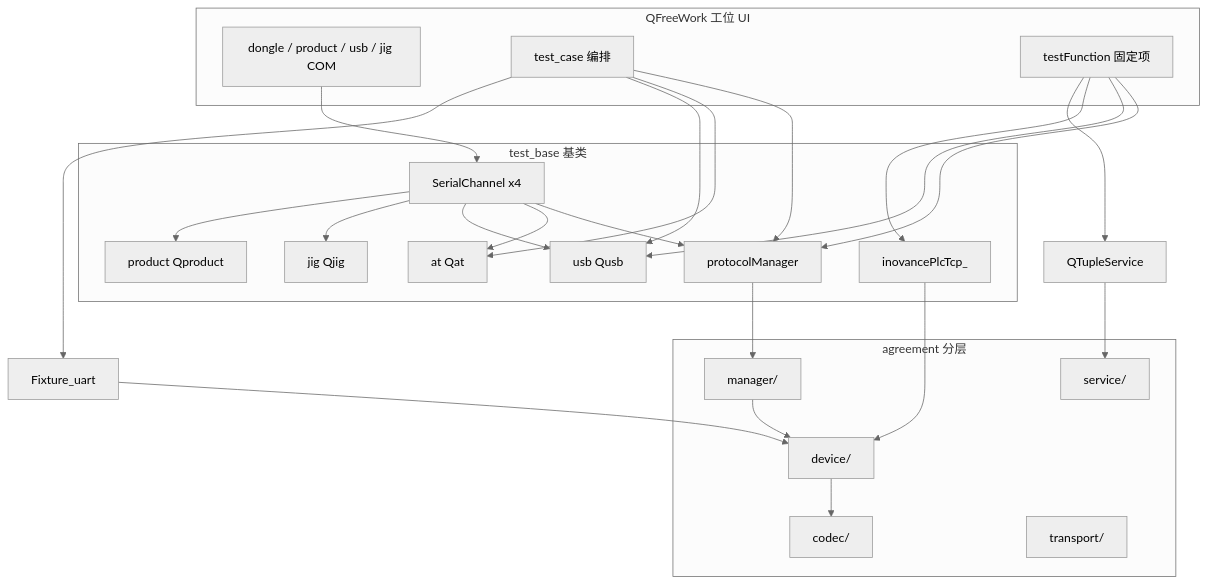
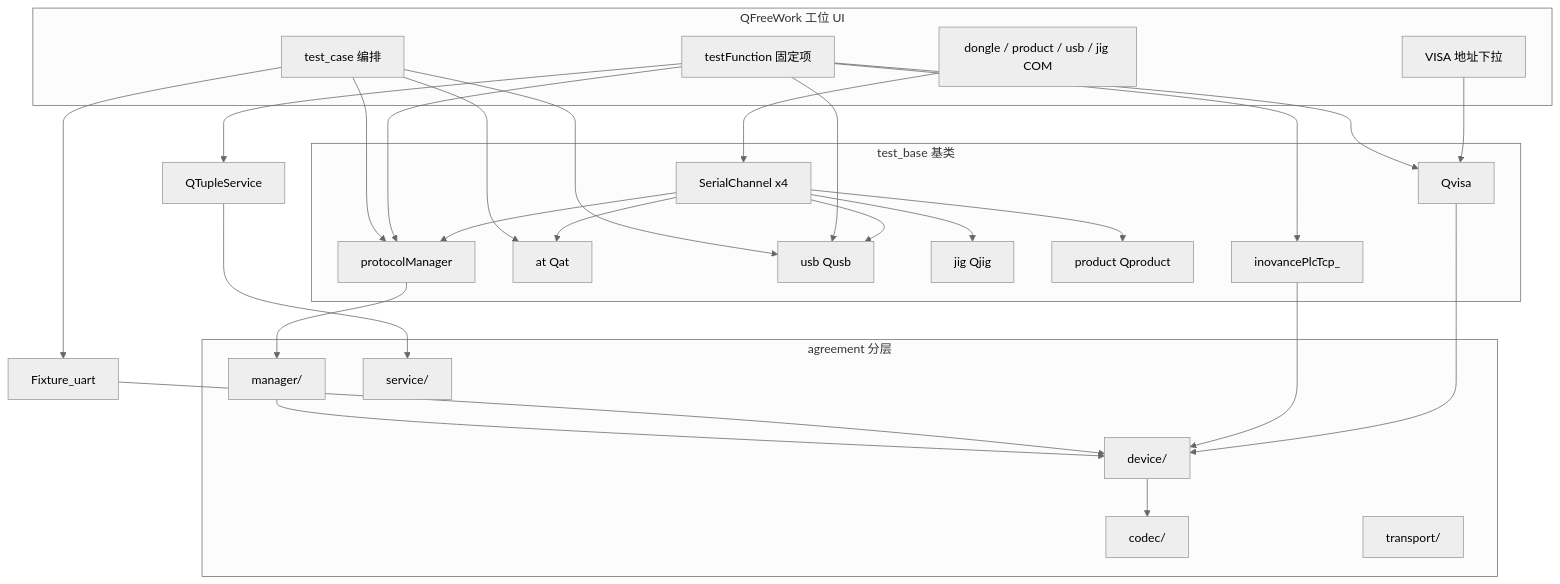
Before and after one commit to yuhuang163/test: the second of 2 diagrams in docs/自由工站协议调用说明.md, drawn with Mermaid (neutral theme). The commit also changed other lines of this file and 7719 other files, not shown here.

````diff
--- a/docs/自由工站协议调用说明.md
+++ b/docs/自由工站协议调用说明.md
@@ -12,35 +42,39 @@
 ```mermaid
 flowchart TB
     subgraph UI [QFreeWork 工位 UI]
         COM[dongle / product / usb / jig COM]
+        VISA_UI[VISA 地址下拉]
         TC[test_case 编排]
         TF[testFunction 固定项]
     end
 
     subgraph TB [test_base 基类]
         SM[SerialChannel x4]
         PM[protocolManager]
         AT[at Qat]
         USB[usb Qusb]
         JIG[jig Qjig]
         PROD[product Qproduct]
+        VISA[Qvisa]
         PLC[inovancePlcTcp_]
     end
 
     subgraph AG [agreement 分层]
         MGR[manager/]
         DEV[device/]
         CODEC[codec/]
         SVC[service/]
         TR[transport/]
     end
 
     TC --> PM & AT & USB & FIX
-    TF --> PM & USB & PLC & TUPLE
+    TF --> PM & USB & VISA & PLC & TUPLE
     COM --> SM
+    VISA_UI --> VISA
     SM --> PM & AT & USB & JIG & PROD
     PM --> MGR --> DEV --> CODEC
     FIX[Fixture_uart] --> DEV
     TUPLE[QTupleService] --> SVC
     PLC --> DEV
+    VISA --> DEV
 ```
````
